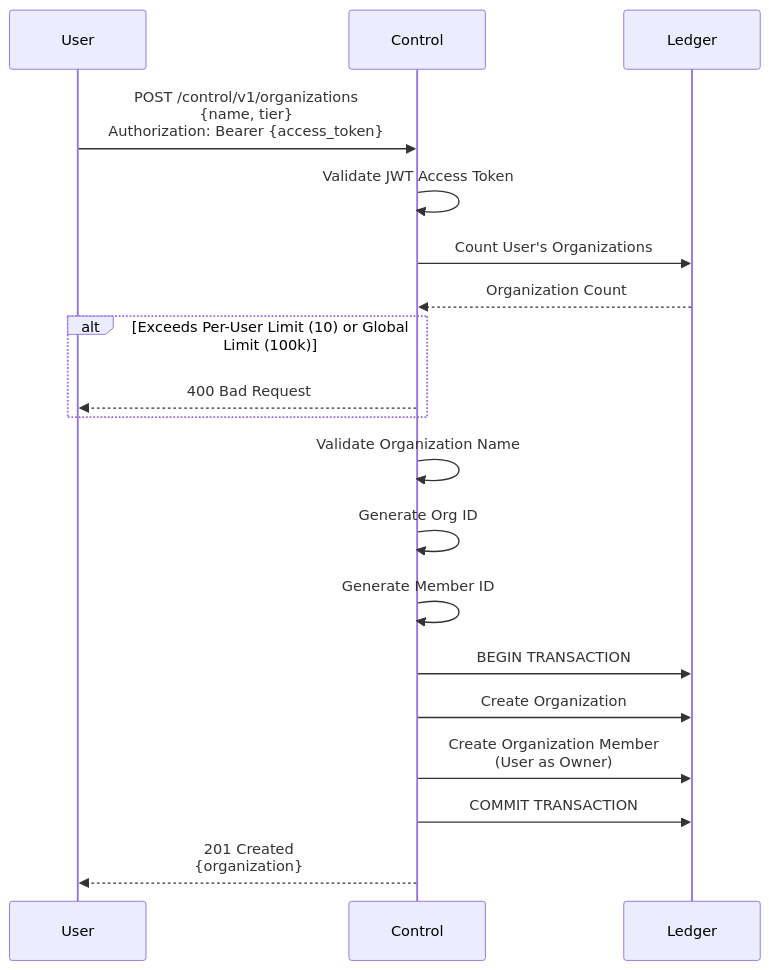
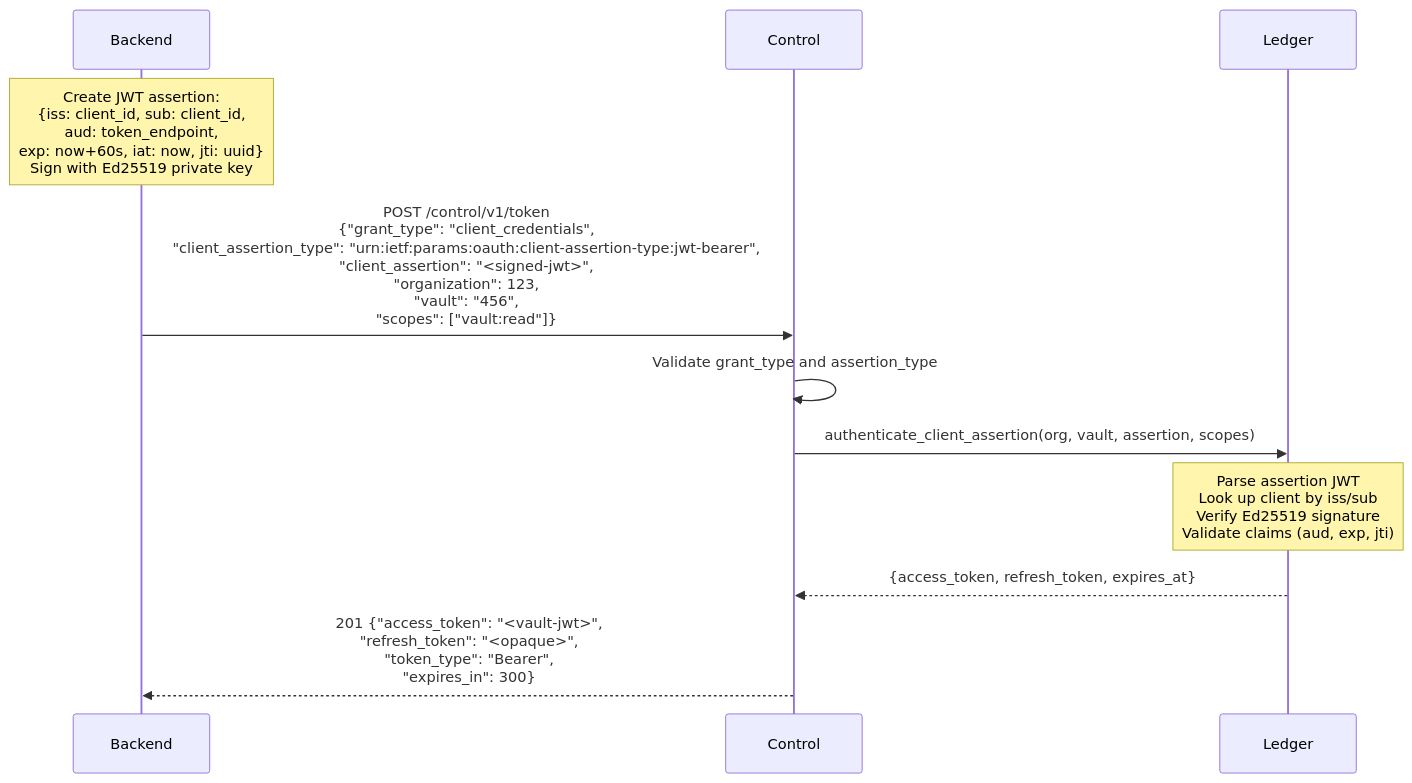
The seventh of 14 diagrams in docs/flows.md (inferadb/control), drawn with Mermaid before and after one commit. The commit also changed other lines of this file and 14 other files, not shown here.

````diff
--- a/docs/flows.md
+++ b/docs/flows.md
@@ -129,28 +205,15 @@
 ```mermaid
 sequenceDiagram
-    participant User
-    participant API as Control
-    participant DB as Ledger
+    participant Backend
+    participant Control
+    participant Ledger
 
-    User->>API: POST /control/v1/organizations<br/>{name, tier}<br/>Authorization: Bearer {access_token}
+    Note over Backend: Create JWT assertion:<br/>{iss: client_id, sub: client_id,<br/>aud: token_endpoint,<br/>exp: now+60s, iat: now, jti: uuid}<br/>Sign with Ed25519 private key
 
-    API->>API: Validate JWT Access Token
-
-    API->>DB: Count User's Organizations
-    DB-->>API: Organization Count
-
-    alt Exceeds Per-User Limit (10) or Global Limit (100k)
-        API-->>User: 400 Bad Request
-    end
-
-    API->>API: Validate Organization Name
-    API->>API: Generate Org ID
-    API->>API: Generate Member ID
-
-    API->>DB: BEGIN TRANSACTION
-    API->>DB: Create Organization
-    API->>DB: Create Organization Member<br/>(User as Owner)
-    API->>DB: COMMIT TRANSACTION
-
-    API-->>User: 201 Created<br/>{organization}
+    Backend->>Control: POST /control/v1/token<br/>{"grant_type": "client_credentials",<br/>"client_assertion_type": "urn:ietf:params:oauth:client-assertion-type:jwt-bearer",<br/>"client_assertion": "<signed-jwt>",<br/>"organization": 123,<br/>"vault": "456",<br/>"scopes": ["vault:read"]}
+    Control->>Control: Validate grant_type and assertion_type
+    Control->>Ledger: authenticate_client_assertion(org, vault, assertion, scopes)
+    Note over Ledger: Parse assertion JWT<br/>Look up client by iss/sub<br/>Verify Ed25519 signature<br/>Validate claims (aud, exp, jti)
+    Ledger-->>Control: {access_token, refresh_token, expires_at}
+    Control-->>Backend: 201 {"access_token": "<vault-jwt>",<br/>"refresh_token": "<opaque>",<br/>"token_type": "Bearer",<br/>"expires_in": 300}
 ```
````
